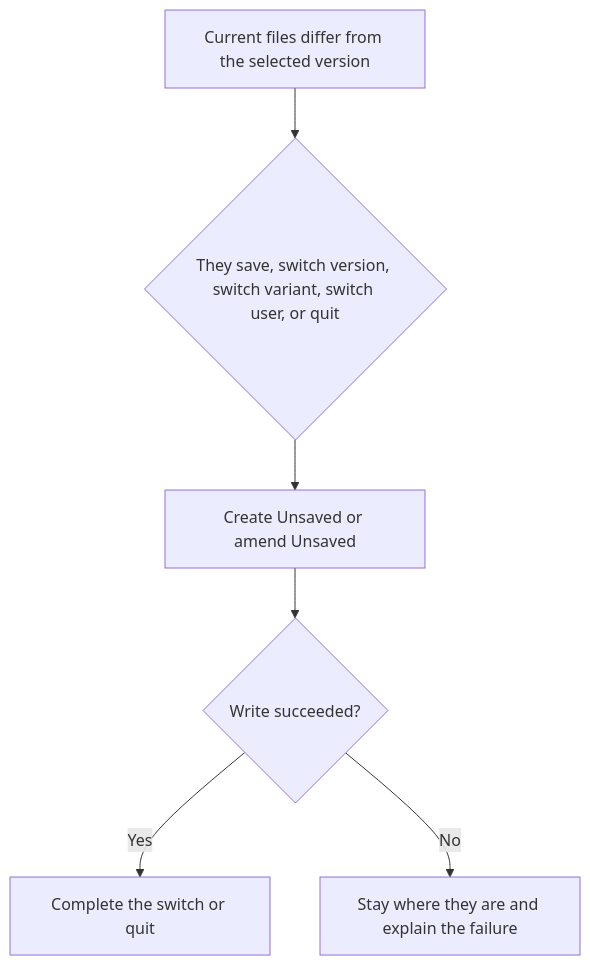
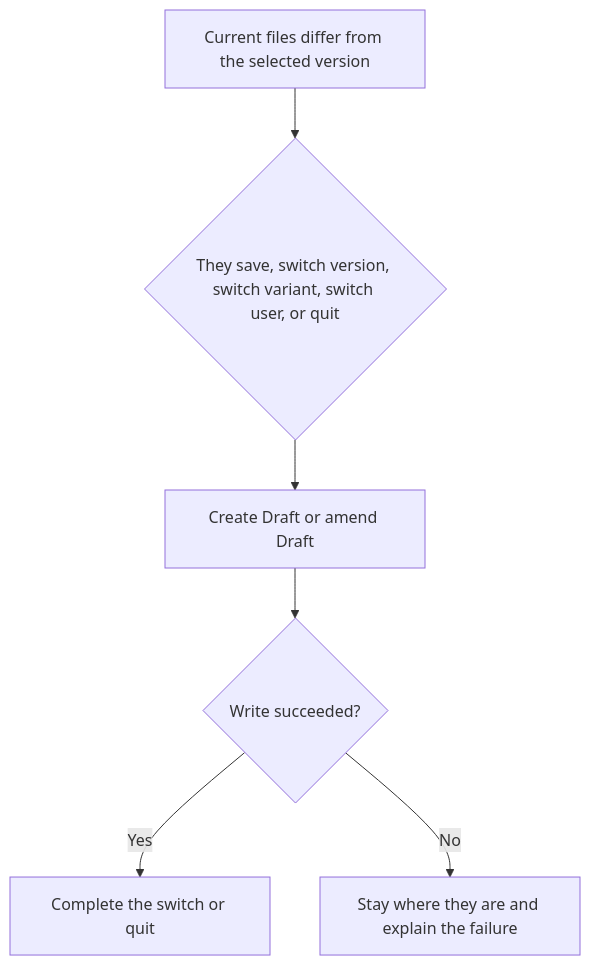
One commit to IsmailBiswas/lines changed the tenth of 13 diagrams in docs/user-flows.md. Above: the diagram before and after it, drawn with Mermaid. The commit also changed other lines of this file and 17 other files, not shown here.

````diff
--- a/docs/user-flows.md
+++ b/docs/user-flows.md
@@ -203,13 +203,13 @@
 ```mermaid
 flowchart TD
   dirty[Current files differ from the selected version]
   action{They save, switch version, switch variant, switch user, or quit}
-  write[Create Unsaved or amend Unsaved]
+  write[Create Draft or amend Draft]
   ok{Write succeeded?}
   stay[Stay where they are and explain the failure]
   next[Complete the switch or quit]
 
   dirty --> action --> write --> ok
   ok -->|Yes| next
   ok -->|No| stay
 ```
````
